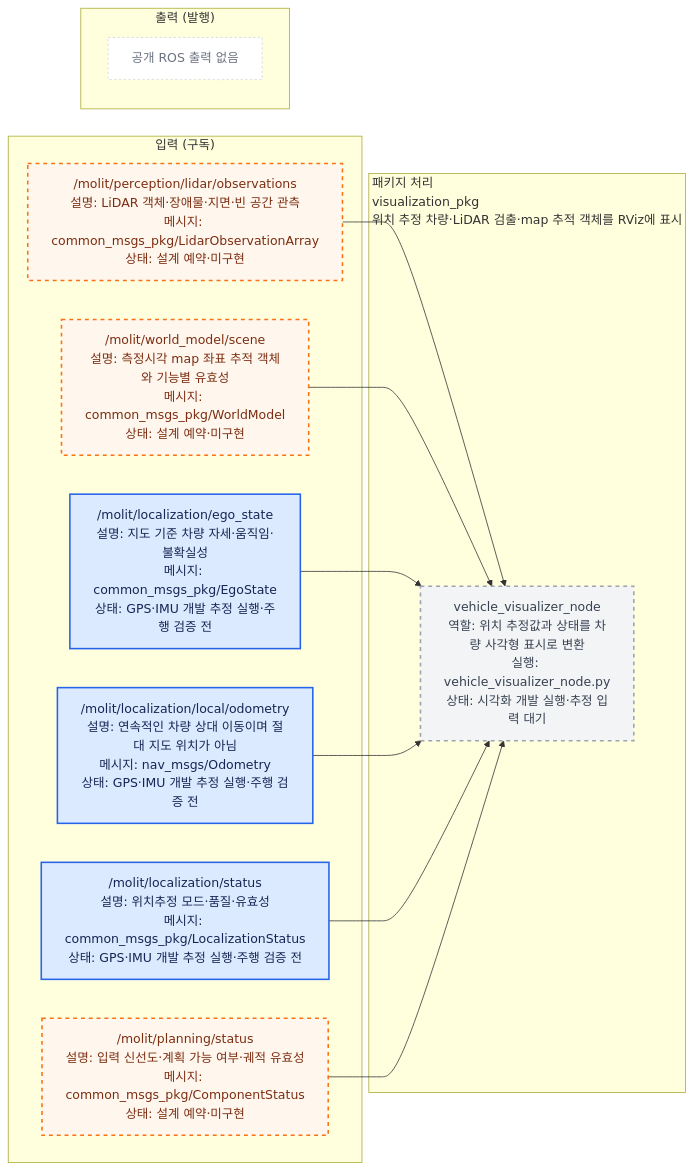
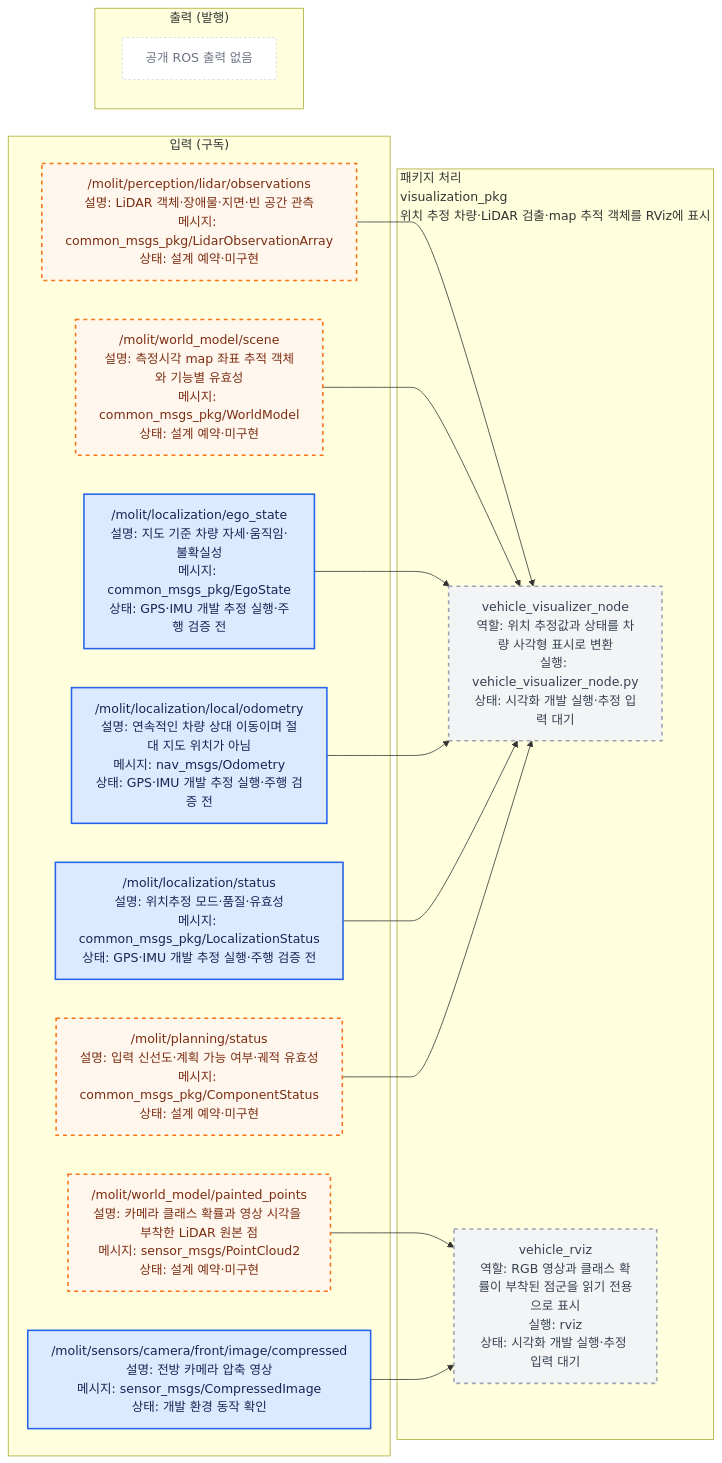
The diagram in src/visualization_pkg/docs/interface_io.mmd (Team-Stier/Morai_Sim_team2), drawn with Mermaid before and after one commit. The commit also changed 26 other files, not shown here.

First line of the commit message:
포인트페인팅 카메라 보정과 RViz 확률 표시 검증

```diff
--- a/src/visualization_pkg/docs/interface_io.mmd
+++ b/src/visualization_pkg/docs/interface_io.mmd
@@ -1,40 +1,48 @@
 %% AUTO-GENERATED by ros_architecture_pkg/scripts/generate_interface_diagrams.py. DO NOT EDIT.
 %% Source of truth: ros_architecture_pkg/config/interface_contract.yaml
 flowchart LR
     classDef liveNode fill:#dcfce7,color:#14532d,stroke:#16a34a,stroke-width:2px;
     classDef reservedNode fill:#f3f4f6,color:#374151,stroke:#9ca3af,stroke-width:2px,stroke-dasharray: 5 5;
     classDef liveTopic fill:#dbeafe,color:#172554,stroke:#2563eb,stroke-width:2px;
     classDef reservedTopic fill:#fff7ed,color:#7c2d12,stroke:#f97316,stroke-width:2px,stroke-dasharray: 5 5;
     classDef emptyPort fill:#ffffff,color:#6b7280,stroke:#d1d5db,stroke-dasharray: 3 3;
     classDef externalEndpoint fill:#f3e8ff,color:#581c87,stroke:#9333ea,stroke-width:3px;
 
     subgraph INPUTS["입력 (구독)"]
         input_000["/molit/perception/lidar/observations<br/>설명: LiDAR 객체·장애물·지면·빈 공간 관측<br/>메시지: common_msgs_pkg/LidarObservationArray<br/>상태: 설계 예약·미구현"]
         input_001["/molit/world_model/scene<br/>설명: 측정시각 map 좌표 추적 객체와 기능별 유효성<br/>메시지: common_msgs_pkg/WorldModel<br/>상태: 설계 예약·미구현"]
         input_002["/molit/localization/ego_state<br/>설명: 지도 기준 차량 자세·움직임·불확실성<br/>메시지: common_msgs_pkg/EgoState<br/>상태: GPS·IMU 개발 추정 실행·주행 검증 전"]
         input_003["/molit/localization/local/odometry<br/>설명: 연속적인 차량 상대 이동이며 절대 지도 위치가 아님<br/>메시지: nav_msgs/Odometry<br/>상태: GPS·IMU 개발 추정 실행·주행 검증 전"]
         input_004["/molit/localization/status<br/>설명: 위치추정 모드·품질·유효성<br/>메시지: common_msgs_pkg/LocalizationStatus<br/>상태: GPS·IMU 개발 추정 실행·주행 검증 전"]
         input_005["/molit/planning/status<br/>설명: 입력 신선도·계획 가능 여부·궤적 유효성<br/>메시지: common_msgs_pkg/ComponentStatus<br/>상태: 설계 예약·미구현"]
+        input_006["/molit/world_model/painted_points<br/>설명: 카메라 클래스 확률과 영상 시각을 부착한 LiDAR 원본 점<br/>메시지: sensor_msgs/PointCloud2<br/>상태: 설계 예약·미구현"]
+        input_007["/molit/sensors/camera/front/image/compressed<br/>설명: 전방 카메라 압축 영상<br/>메시지: sensor_msgs/CompressedImage<br/>상태: 개발 환경 동작 확인"]
     end
     subgraph PACKAGE["패키지 처리<br/>visualization_pkg<br/>위치 추정 차량·LiDAR 검출·map 추적 객체를 RViz에 표시"]
         local_node_000["vehicle_visualizer_node<br/>역할: 위치 추정값과 상태를 차량 사각형 표시로 변환<br/>실행: vehicle_visualizer_node.py<br/>상태: 시각화 개발 실행·추정 입력 대기"]
+        local_node_001["vehicle_rviz<br/>역할: RGB 영상과 클래스 확률이 부착된 점군을 읽기 전용으로 표시<br/>실행: rviz<br/>상태: 시각화 개발 실행·추정 입력 대기"]
     end
     subgraph OUTPUTS["출력 (발행)"]
         no_outputs["공개 ROS 출력 없음"]
         class no_outputs emptyPort;
     end
 
     input_000 --> local_node_000
     input_001 --> local_node_000
     input_002 --> local_node_000
     input_003 --> local_node_000
     input_004 --> local_node_000
     input_005 --> local_node_000
+    input_006 --> local_node_001
+    input_007 --> local_node_001
 
     class local_node_000 reservedNode;
+    class local_node_001 reservedNode;
     class input_000 reservedTopic;
     class input_001 reservedTopic;
     class input_002 liveTopic;
     class input_003 liveTopic;
     class input_004 liveTopic;
     class input_005 reservedTopic;
+    class input_006 reservedTopic;
+    class input_007 liveTopic;
```
